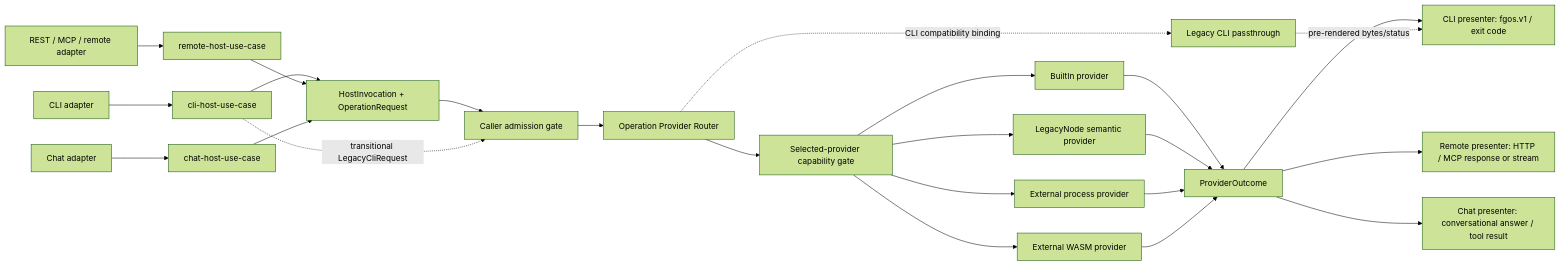
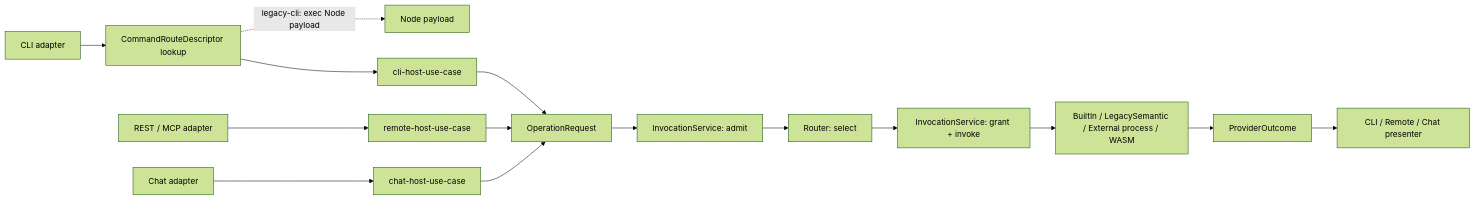
One commit to vantt/forgent changed the diagram in docs/architect/host-invocation-routing/host-invocation-provider-routing.md. Above: the diagram before and after it, drawn with Mermaid (forest theme). The commit also changed other lines of this file and 24 other files, not shown here.

````diff
--- a/docs/architect/host-invocation-routing/host-invocation-provider-routing.md
+++ b/docs/architect/host-invocation-routing/host-invocation-provider-routing.md
@@ -61,32 +51,17 @@
 ```mermaid
 flowchart LR
-    CLI[CLI adapter] --> CH[cli-host-use-case]
-    REM[REST / MCP / remote adapter] --> RH[remote-host-use-case]
+    CLI[CLI adapter] --> LOOKUP[CommandRouteDescriptor lookup]
+    LOOKUP -. legacy-cli: exec Node payload .-> NODE[Node payload]
+    LOOKUP --> CH[cli-host-use-case]
+    REM[REST / MCP adapter] --> RH[remote-host-use-case]
     CHAT[Chat adapter] --> HH[chat-host-use-case]
-
-    CH --> INV[HostInvocation + OperationRequest]
-    RH --> INV
-    HH --> INV
-
-    INV --> ADMIT[Caller admission gate]
-    ADMIT --> ROUTER[Operation Provider Router]
-    ROUTER --> GRANT[Selected-provider capability gate]
-
-    GRANT --> BUILTIN[BuiltIn provider]
-    GRANT --> LEGACY[LegacyNode semantic provider]
-    GRANT --> PROCESS[External process provider]
-    GRANT --> WASM[External WASM provider]
-
-    BUILTIN --> OUT[ProviderOutcome]
-    LEGACY --> OUT
-    PROCESS --> OUT
-    WASM --> OUT
-
-    OUT --> CP[CLI presenter: fgos.v1 / exit code]
-    OUT --> RP[Remote presenter: HTTP / MCP response or stream]
-    OUT --> HP[Chat presenter: conversational answer / tool result]
-
-    CH -. transitional LegacyCliRequest .-> ADMIT
-    ROUTER -. CLI compatibility binding .-> COMPAT[Legacy CLI passthrough]
-    COMPAT -. pre-rendered bytes/status .-> CP
+    CH --> REQ[OperationRequest]
+    RH --> REQ
+    HH --> REQ
+    REQ --> INV[InvocationService: admit]
+    INV --> ROUTER[Router: select]
+    ROUTER --> GRANT[InvocationService: grant + invoke]
+    GRANT --> PROV[BuiltIn / LegacySemantic / External process / WASM]
+    PROV --> OUT[ProviderOutcome]
+    OUT --> PRES[CLI / Remote / Chat presenter]
 ```
````
